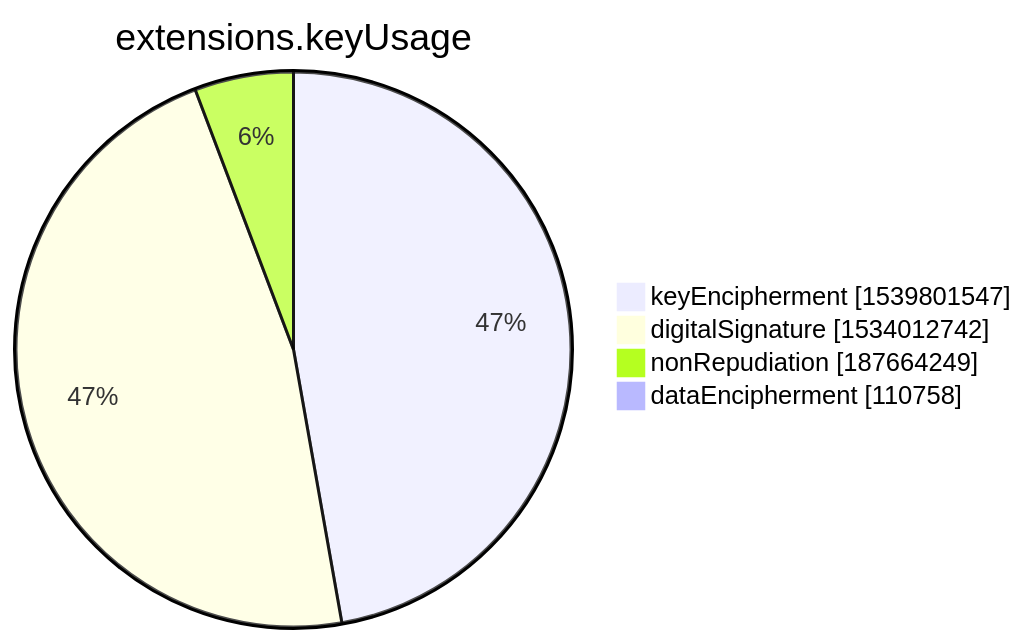
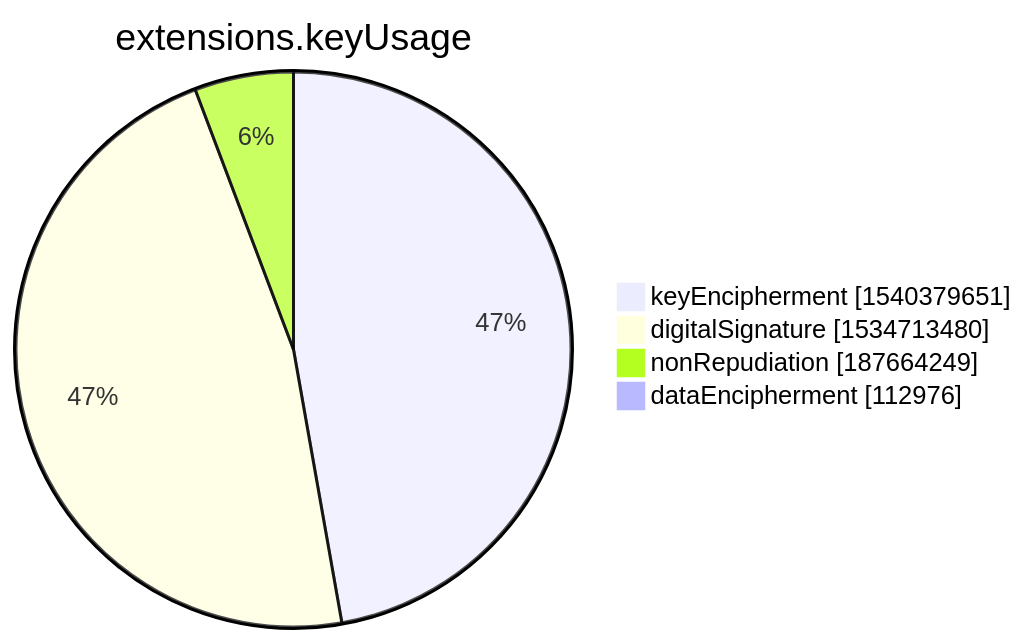
One commit to christiankrug/ctmonitor_visualization changed the seventh of 15 diagrams in xenon2022/README.md. Above: the diagram before and after it, drawn with Mermaid. The commit also changed other lines of this file, not shown here.

````diff
--- a/xenon2022/README.md
+++ b/xenon2022/README.md
@@ -2849,8 +2849,8 @@
 ```mermaid
 pie showData
 title extensions.keyUsage
-"keyEncipherment" :1539801547
-"digitalSignature" :1534012742
+"keyEncipherment" :1540379651
+"digitalSignature" :1534713480
 "nonRepudiation" :187664249
-"dataEncipherment" :110758
+"dataEncipherment" :112976
 ```
````
